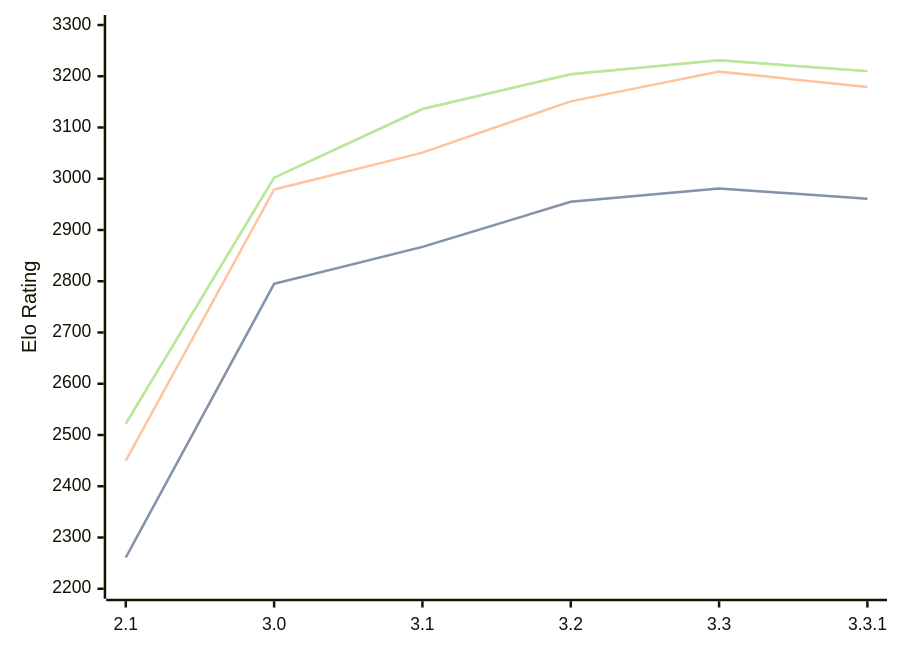
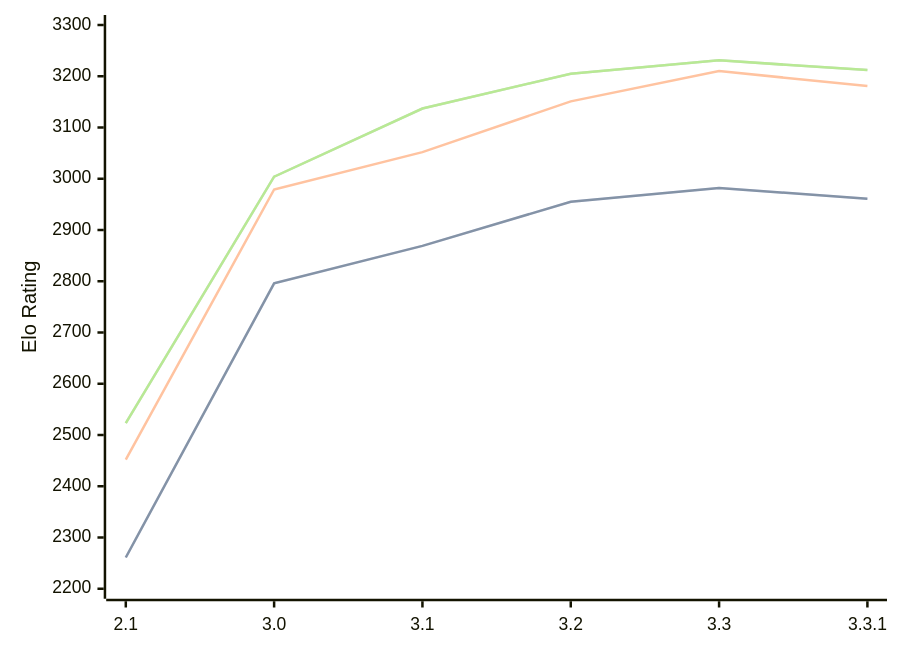
The diagram in engines/Petrel.md (computer-chess-index/cci), drawn with Mermaid before and after one commit. The commit also changed other lines of this file, not shown here.

Commit message:
Update CCI Ratings (ELO VLTC) - 2026-04-25

````diff
--- a/engines/Petrel.md
+++ b/engines/Petrel.md
@@ -45,11 +45,11 @@
 ```mermaid
 %%{init: {"theme":"base","themeVariables":{"seriesColors:['#a3a3a3','#222221','#faa371']}}}%%
 xychart-beta
   x-axis ["2.1", "3.0", "3.1", "3.2", "3.3", "3.3.1"]
   y-axis "Elo Rating" 2200 --> 3300
-  line "STC (8.0+0.08s)" [2261, 2795, 2867, 2955, 2981, 2961]
-  line "STC (8.0+0.08s)" [2261, 2795, 2867, 2955, 2981, 2961]
-  line "LTC (60.0+0.60s)" [2450, 2979, 3051, 3151, 3209, 3179]
-  line "VLTC (2m24s+1.12s)" [2522, 3002, 3136, 3204, 3231, 3210]
-  line "VLTC (2m24s+1.12s)" [2522, 3002, 3136, 3204, 3231, 3210]
+  line "STC (8.0+0.08s)" [2261, 2796, 2869, 2955, 2982, 2961]
+  line "STC (8.0+0.08s)" [2261, 2796, 2869, 2955, 2982, 2961]
+  line "LTC (60.0+0.60s)" [2452, 2979, 3052, 3151, 3210, 3181]
+  line "VLTC (2m24s+1.12s)" [2523, 3004, 3137, 3205, 3231, 3212]
+  line "VLTC (2m24s+1.12s)" [2523, 3004, 3137, 3205, 3231, 3212]
 ```
````
